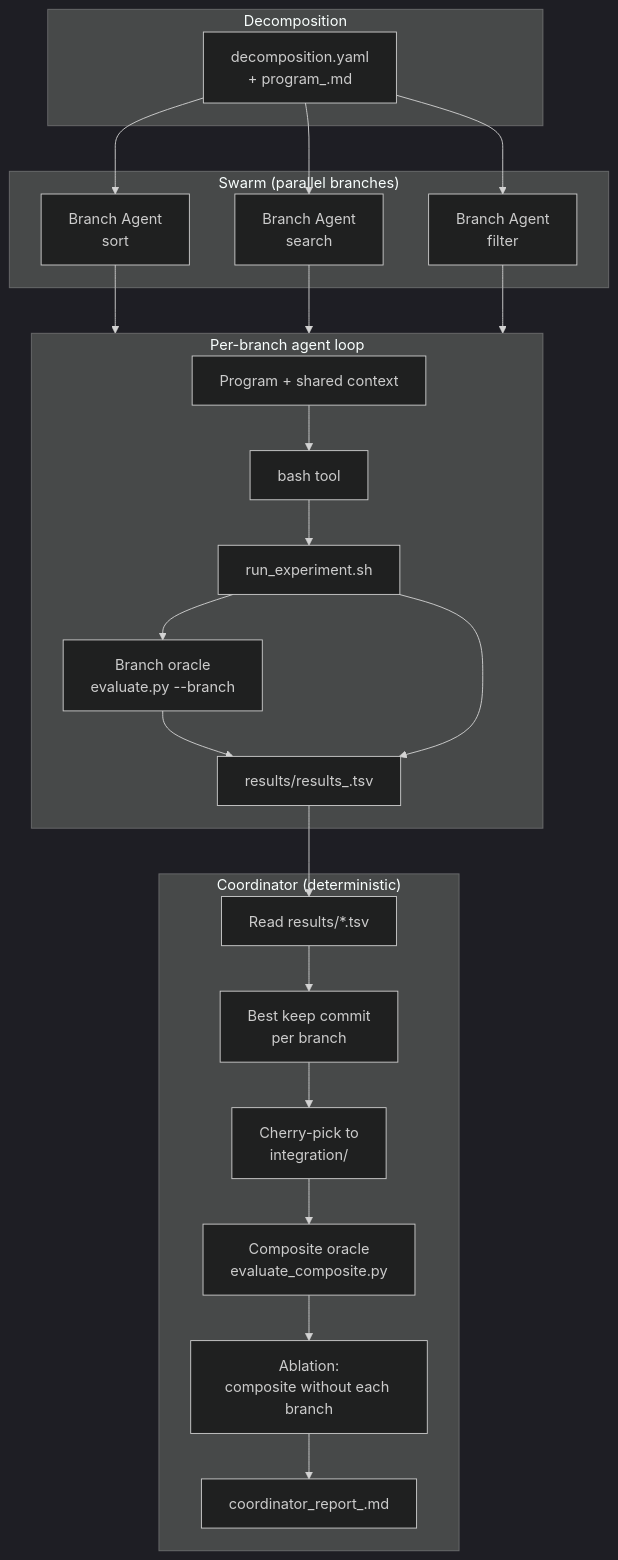
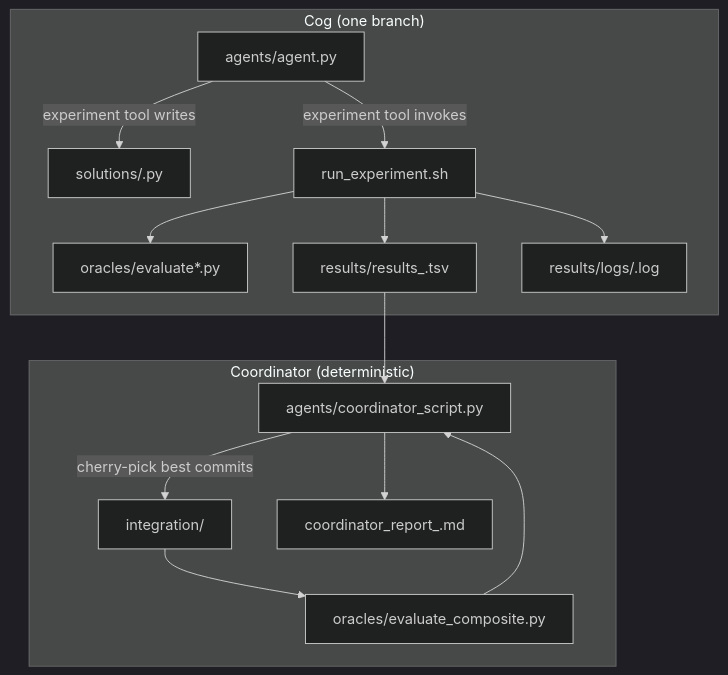
The diagram in DOCS/architecture.md (nomadbarefoot/TRANSMUTE-SWARM), drawn with Mermaid (dark theme) before and after one commit. The commit also changed other lines of this file and 1 other file, not shown here.

Commit message:
Update architecture and CLI docs

````diff
--- a/DOCS/architecture.md
+++ b/DOCS/architecture.md
@@ -52,47 +34,29 @@
 ```mermaid
 flowchart TB
-  subgraph Decomposition
-    DEC[decomposition.yaml\n+ program_<branch>.md]
+  subgraph Cog["Cog (one branch)"]
+    A[agents/agent.py]
+    S[solutions/<cog>.py]
+    RE[run_experiment.sh]
+    O[oracles/evaluate*.py]
+    TSV[results/results_<cog>.tsv]
+    LOG[results/logs/<cog>.log]
   end
 
-  subgraph Swarm["Swarm (parallel branches)"]
-    A[Branch Agent\nsort]
-    B[Branch Agent\nsearch]
-    C[Branch Agent\nfilter]
+  subgraph Coord["Coordinator (deterministic)"]
+    C[agents/coordinator_script.py]
+    INT[integration/<run_tag>]
+    COMP[oracles/evaluate_composite.py]
+    REP[coordinator_report_<cycle>.md]
   end
 
-  subgraph AgentLoop["Per-branch agent loop"]
-    P[Program + shared context]
-    TOOL[bash tool]
-    RE[run_experiment.sh]
-    O[Branch oracle\nevaluate.py --branch]
-    TSV[results/results_<branch>.tsv]
-    P --> TOOL
-    TOOL --> RE
-    RE --> O
-    O --> TSV
-    RE --> TSV
-  end
-
-  subgraph Coordinator["Coordinator (deterministic)"]
-    R[Read results/*.tsv]
-    BEST[Best keep commit\nper branch]
-    CP[Cherry-pick to\nintegration/<run_tag>]
-    COMP[Composite oracle\nevaluate_composite.py]
-    ABL[Ablation:\ncomposite without each branch]
-    REP[coordinator_report_<cycle>.md]
-    R --> BEST
-    BEST --> CP
-    CP --> COMP
-    COMP --> ABL
-    ABL --> REP
-  end
-
-  DEC --> A
-  DEC --> B
-  DEC --> C
-  A --> AgentLoop
-  B --> AgentLoop
-  C --> AgentLoop
-  TSV --> R
+  A -->|experiment tool writes| S
+  A -->|experiment tool invokes| RE
+  RE --> O
+  RE --> TSV
+  RE --> LOG
+  TSV --> C
+  C -->|cherry-pick best commits| INT
+  INT --> COMP
+  COMP --> C
+  C --> REP
 ```
````
